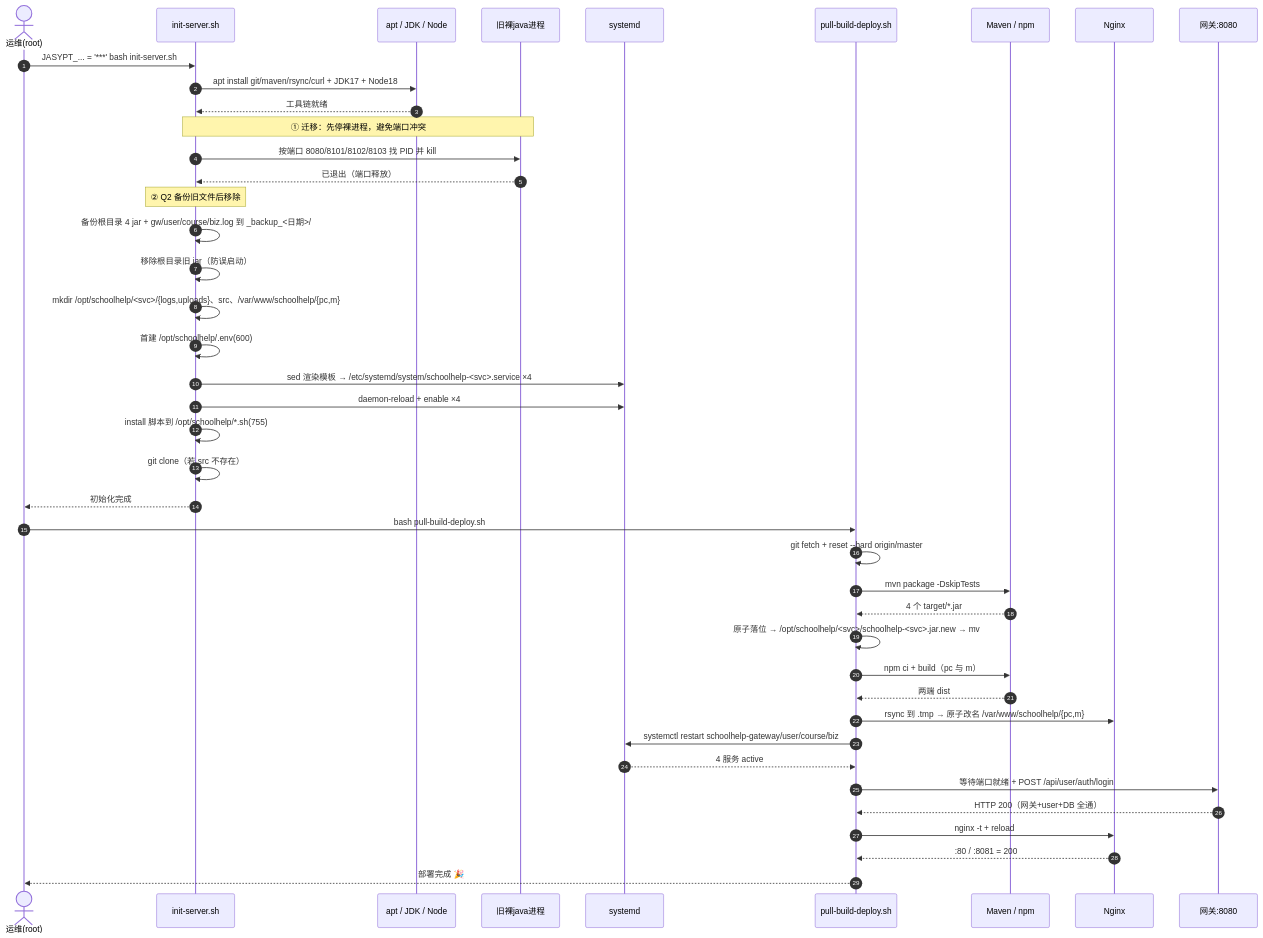
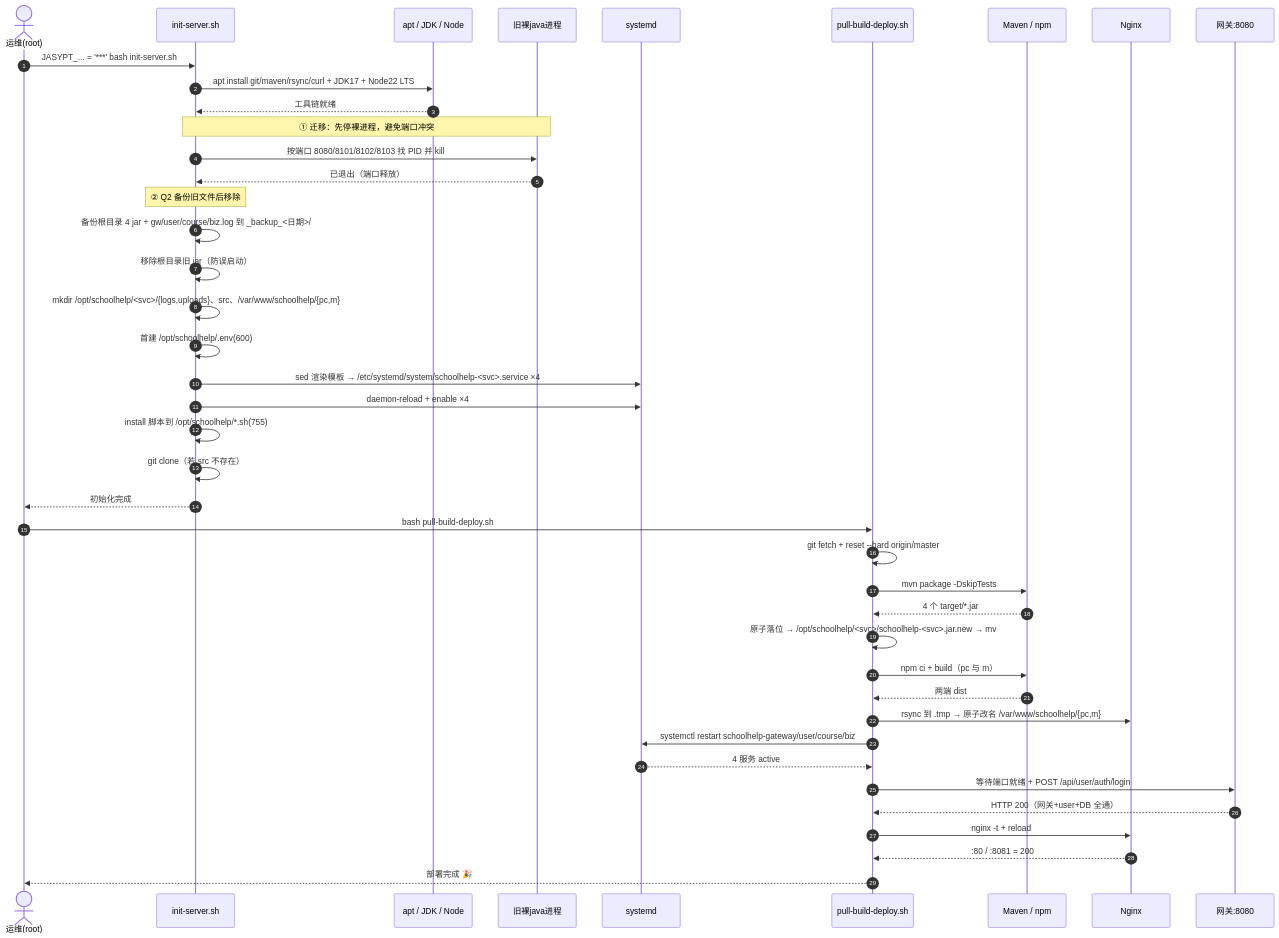
Before and after one commit to cwmanage/schoolHelp: the first of 3 diagrams in docs/ARCH-运维体系重构-20260910.md, drawn with Mermaid. The commit also changed other lines of this file and 6 other files, not shown here.

````diff
--- a/docs/ARCH-运维体系重构-20260910.md
+++ b/docs/ARCH-运维体系重构-20260910.md
@@ -294,50 +294,50 @@
 ```mermaid
 sequenceDiagram
     autonumber
     actor Ops as 运维(root)
     participant Init as init-server.sh
     participant OS as apt / JDK / Node
     participant Bare as 旧裸java进程
     participant SD as systemd
     participant Deploy as pull-build-deploy.sh
     participant Build as Maven / npm
     participant Nginx as Nginx
     participant API as 网关:8080
 
     Ops->>Init: JASYPT_... = '***' bash init-server.sh
-    Init->>OS: apt install git/maven/rsync/curl + JDK17 + Node18
+    Init->>OS: apt install git/maven/rsync/curl + JDK17 + Node22 LTS
     OS-->>Init: 工具链就绪
 
     Note over Init,Bare: ① 迁移：先停裸进程，避免端口冲突
     Init->>Bare: 按端口 8080/8101/8102/8103 找 PID 并 kill
     Bare-->>Init: 已退出（端口释放）
 
     Note over Init: ② Q2 备份旧文件后移除
     Init->>Init: 备份根目录 4 jar + gw/user/course/biz.log 到 _backup_<日期>/
     Init->>Init: 移除根目录旧 jar（防误启动）
 
     Init->>Init: mkdir /opt/schoolhelp/<svc>/{logs,uploads}、src、/var/www/schoolhelp/{pc,m}
     Init->>Init: 首建 /opt/schoolhelp/.env(600)
     Init->>SD: sed 渲染模板 → /etc/systemd/system/schoolhelp-<svc>.service ×4
     Init->>SD: daemon-reload + enable ×4
     Init->>Init: install 脚本到 /opt/schoolhelp/*.sh(755)
     Init->>Init: git clone（若 src 不存在）
     Init-->>Ops: 初始化完成
 
     Ops->>Deploy: bash pull-build-deploy.sh
     Deploy->>Deploy: git fetch + reset --hard origin/master
     Deploy->>Build: mvn package -DskipTests
     Build-->>Deploy: 4 个 target/*.jar
     Deploy->>Deploy: 原子落位 → /opt/schoolhelp/<svc>/schoolhelp-<svc>.jar.new → mv
     Deploy->>Build: npm ci + build（pc 与 m）
     Build-->>Deploy: 两端 dist
     Deploy->>Nginx: rsync 到 .tmp → 原子改名 /var/www/schoolhelp/{pc,m}
 
     Deploy->>SD: systemctl restart schoolhelp-gateway/user/course/biz
     SD-->>Deploy: 4 服务 active
     Deploy->>API: 等待端口就绪 + POST /api/user/auth/login
     API-->>Deploy: HTTP 200（网关+user+DB 全通）
     Deploy->>Nginx: nginx -t + reload
     Nginx-->>Deploy: :80 / :8081 = 200
     Deploy-->>Ops: 部署完成 🎉
 ```
````
